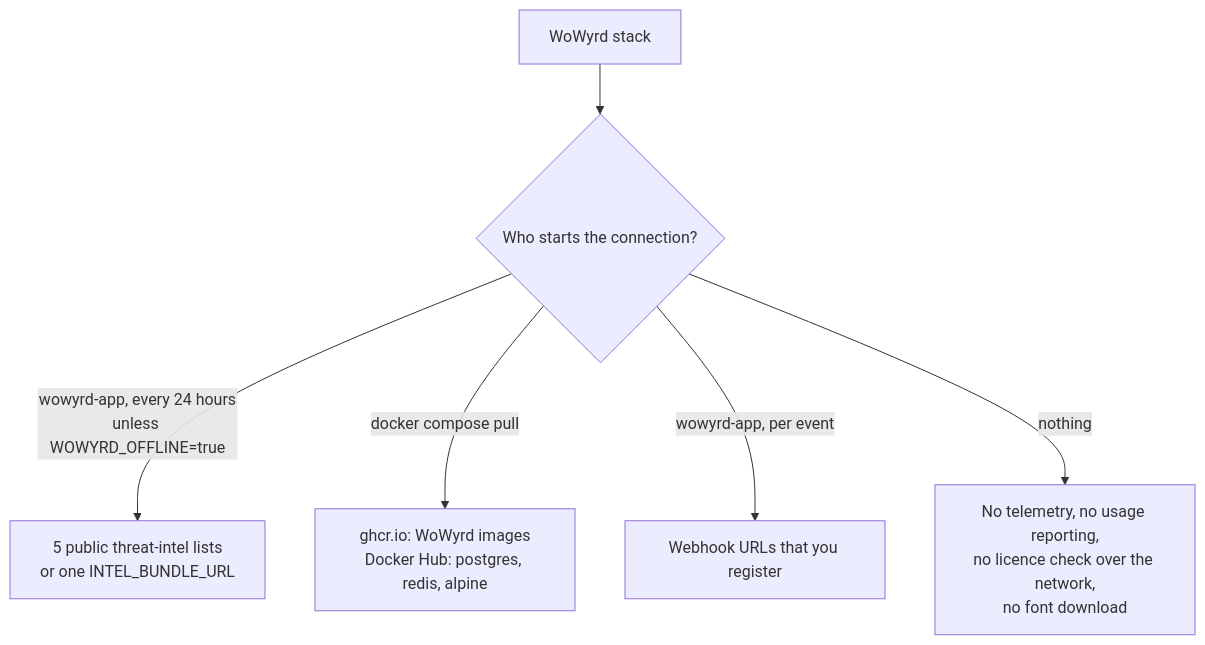
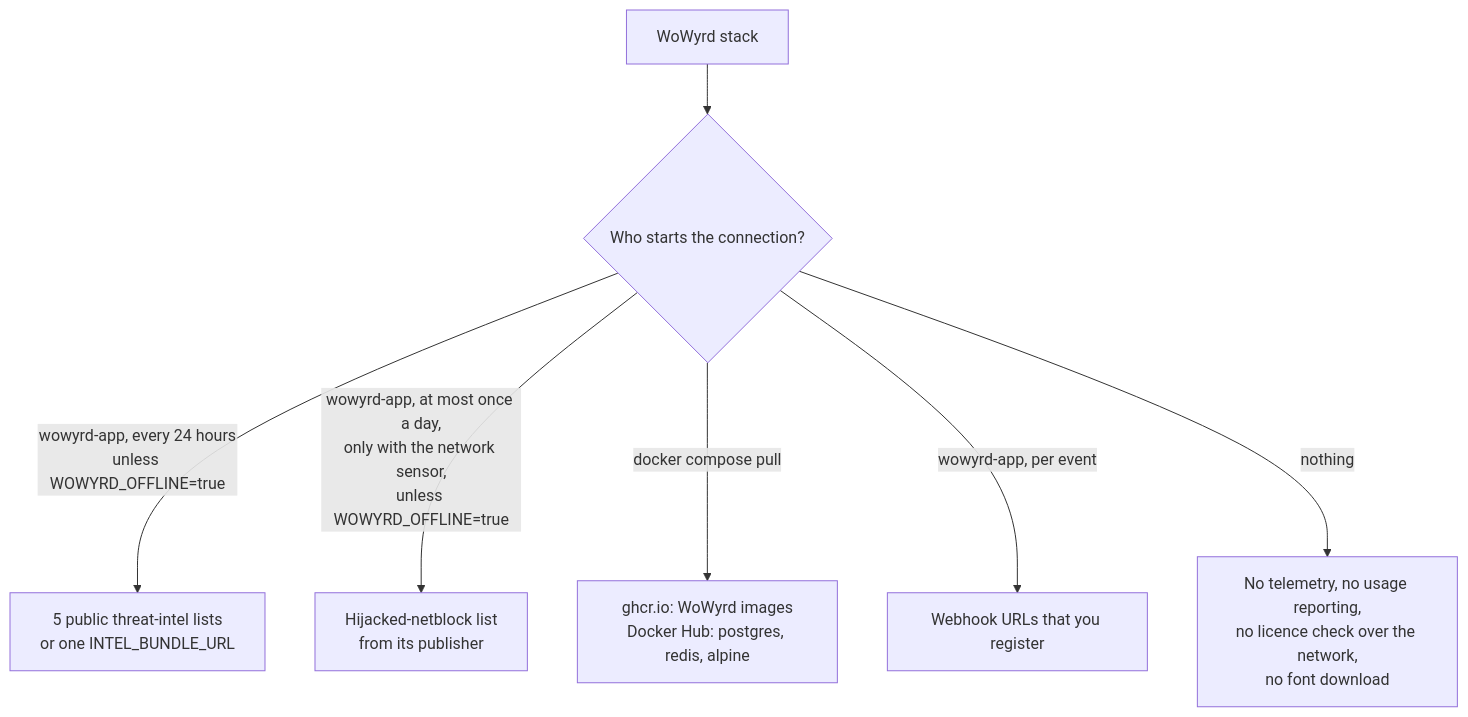
Before and after one commit to chavychaze/wowyrd-pub: the first of 3 diagrams in NETWORK.md, drawn with Mermaid. The commit also changed other lines of this file and 6 other files, not shown here.

````diff
--- a/NETWORK.md
+++ b/NETWORK.md
@@ -6,8 +6,9 @@
 ```mermaid
 flowchart TD
     A[WoWyrd stack] --> B{Who starts the connection?}
     B -->|wowyrd-app, every 24 hours<br/>unless WOWYRD_OFFLINE=true| C[5 public threat-intel lists<br/>or one INTEL_BUNDLE_URL]
+    B -->|wowyrd-app, at most once a day,<br/>only with the network sensor,<br/>unless WOWYRD_OFFLINE=true| H[Hijacked-netblock list<br/>from its publisher]
     B -->|docker compose pull| D[ghcr.io: WoWyrd images<br/>Docker Hub: postgres, redis, alpine]
     B -->|wowyrd-app, per event| F[Webhook URLs that you register]
     B -->|nothing| G[No telemetry, no usage reporting,<br/>no licence check over the network,<br/>no font download]
 ```
````
